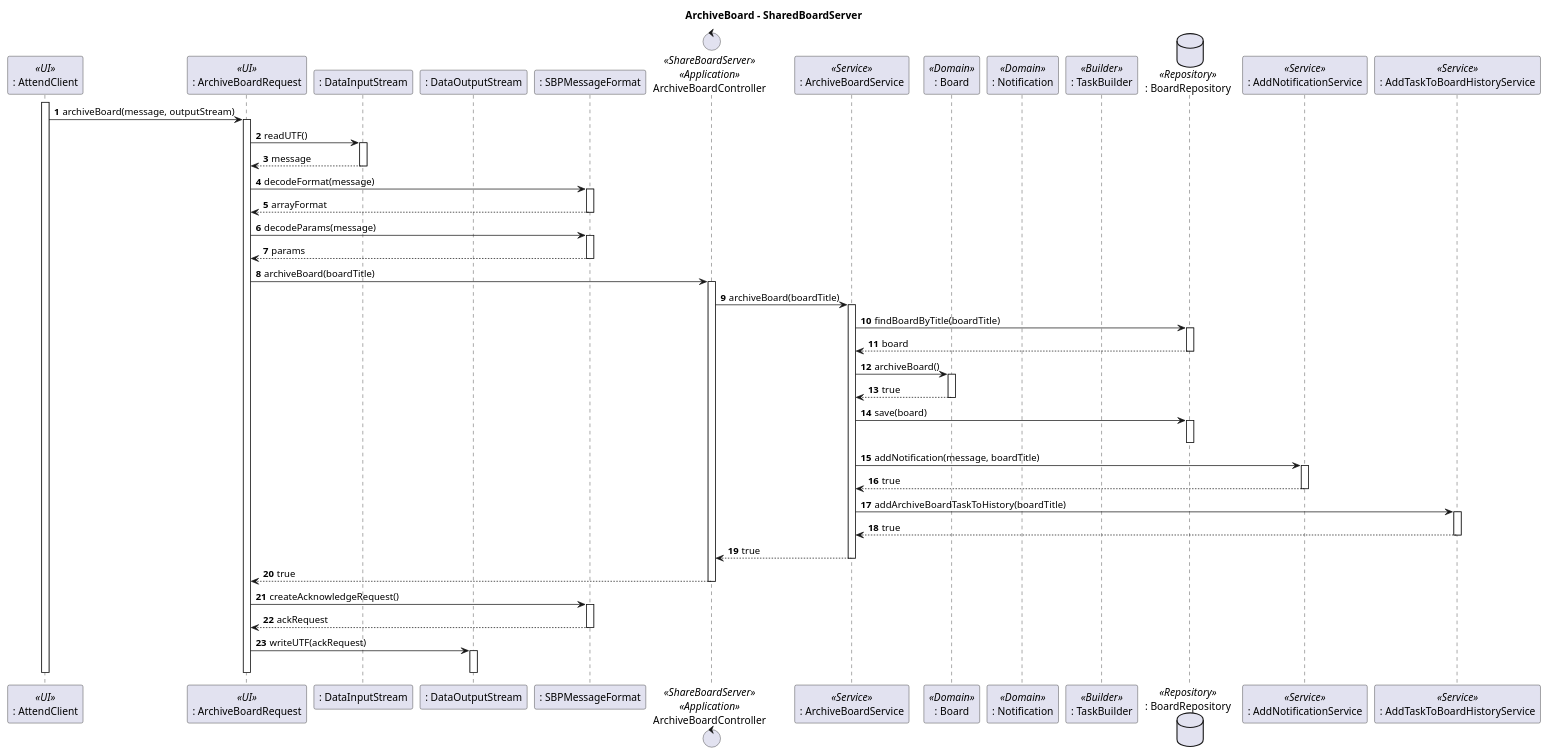
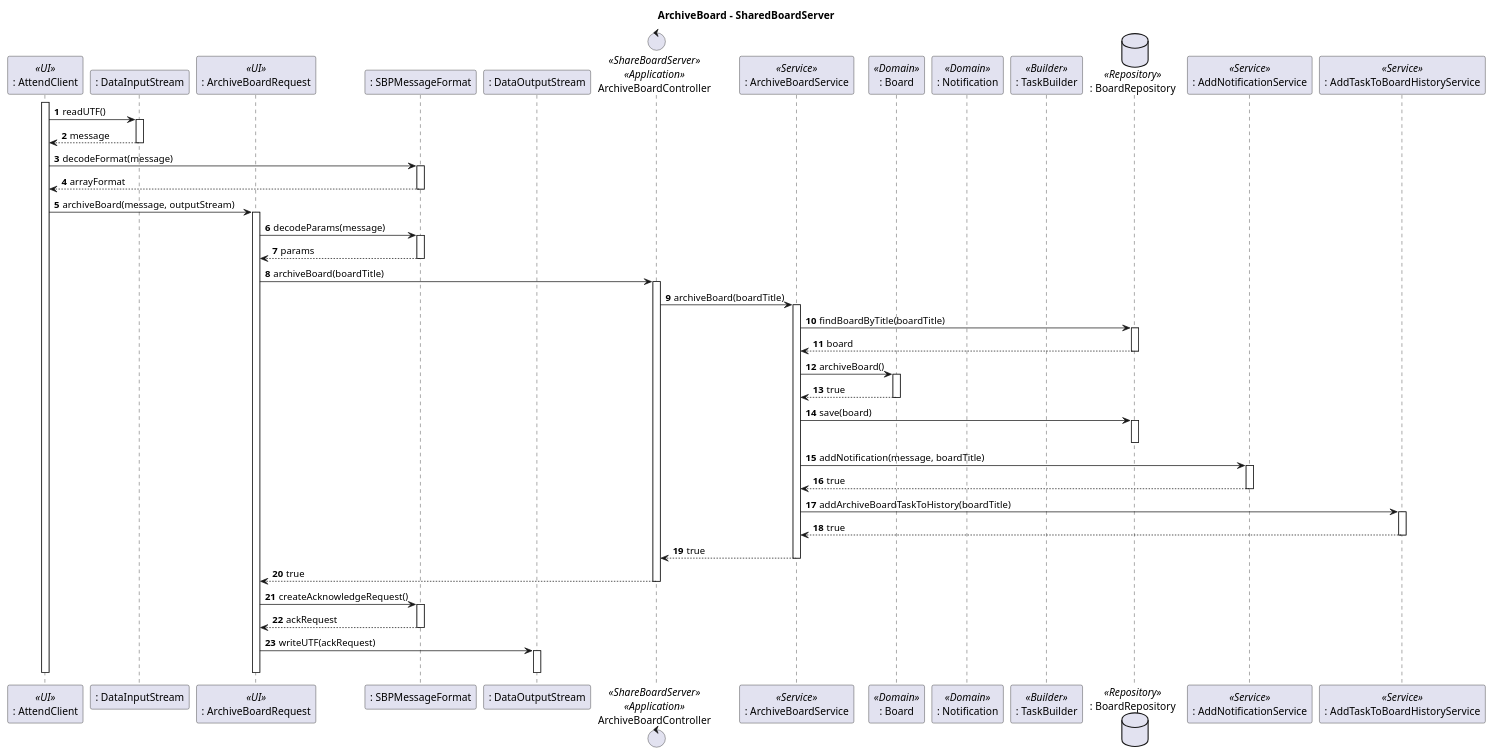
One commit to Marco-Nobrega-Andrade/sem4pi_22_23 changed the diagram in docs/Sprint_C/us_3010/us_3010_SD_ArchiveBoardServer.puml. Above: the diagram before and after it, drawn with PlantUML.

Commit message:
[US_3010][Design] - Corrected error in SD where the attend client called archiveBoard

```diff
--- a/docs/Sprint_C/us_3010/us_3010_SD_ArchiveBoardServer.puml
+++ b/docs/Sprint_C/us_3010/us_3010_SD_ArchiveBoardServer.puml
@@ -1,61 +1,61 @@
 @startuml
 autonumber
 title ArchiveBoard - SharedBoardServer
 
 participant ": AttendClient" as UI <<UI>>
+participant ": DataInputStream" as DIS
 participant ": ArchiveBoardRequest" as ABR <<UI>>
-participant ": DataInputStream" as DIS
+participant ": SBPMessageFormat" as SBPMF
 participant ": DataOutputStream" as DOS
-participant ": SBPMessageFormat" as SBPMF
 control "ArchiveBoardController" as CTRL <<ShareBoardServer>> <<Application>>
 participant ": ArchiveBoardService" as SBS <<Service>>
 participant ": Board" as B <<Domain>>
 participant ": Notification" as N <<Domain>>
 participant ": TaskBuilder" as TB <<Builder>>
 database ": BoardRepository" as BR <<Repository>>
 participant ": AddNotificationService" as ANS <<Service>>
 participant ": AddTaskToBoardHistoryService" as ATTBHS <<Service>>
 activate UI
+UI -> DIS : readUTF()
+activate DIS
+return message
+UI -> SBPMF : decodeFormat(message)
+activate SBPMF
+return arrayFormat
 UI -> ABR : archiveBoard(message, outputStream)
 activate ABR
-ABR -> DIS : readUTF()
-activate DIS
-return message
-ABR -> SBPMF : decodeFormat(message)
-activate SBPMF
-return arrayFormat
 ABR -> SBPMF : decodeParams(message)
 activate SBPMF
 return params
 ABR -> CTRL : archiveBoard(boardTitle)
 activate CTRL
 CTRL -> SBS : archiveBoard(boardTitle)
 activate SBS
 SBS -> BR : findBoardByTitle(boardTitle)
 activate BR
 return board
 SBS -> B : archiveBoard()
 activate B
 return true
 SBS -> BR : save(board)
 activate BR
 deactivate BR
 SBS -> ANS : addNotification(message, boardTitle)
 activate ANS
 return true
 SBS -> ATTBHS : addArchiveBoardTaskToHistory(boardTitle)
 activate ATTBHS
 return true
 SBS --> CTRL : true
 deactivate SBS
 CTRL --> ABR : true
 deactivate CTRL
 ABR -> SBPMF : createAcknowledgeRequest()
 activate SBPMF
 return ackRequest
 ABR -> DOS : writeUTF(ackRequest)
 activate DOS
 deactivate DOS
 deactivate ABR
 deactivate UI
 @enduml
```
